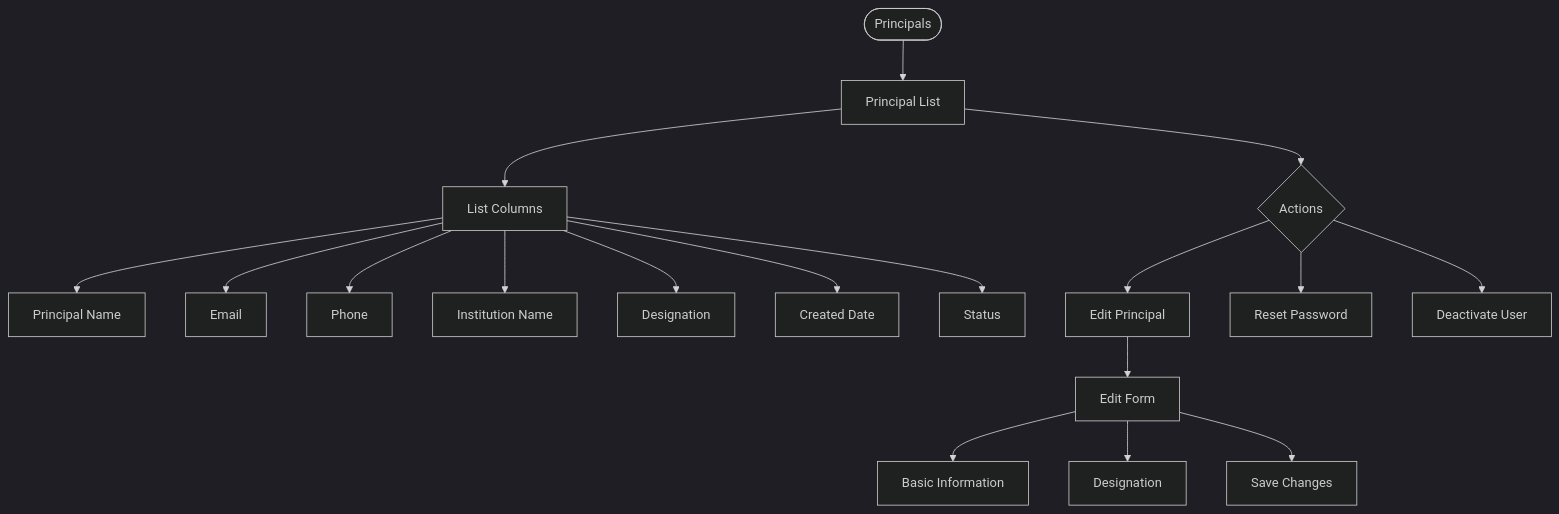
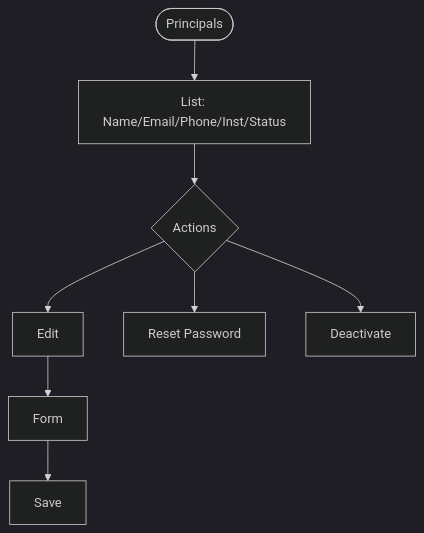
One commit to gunjangupta-gh/placeintern changed the tenth of 58 diagrams in INTERNSHIP_PORTAL_FLOW_DIAGRAMS.md. Above: the diagram before and after it, drawn with Mermaid (dark theme). The commit also changed other lines of this file and 6 other files, not shown here.

````diff
--- a/INTERNSHIP_PORTAL_FLOW_DIAGRAMS.md
+++ b/INTERNSHIP_PORTAL_FLOW_DIAGRAMS.md
@@ -338,23 +173,8 @@
 ```mermaid
 flowchart TD
-    PRINCIPALS([Principals]) --> LIST[Principal List]
-
-    LIST --> COLS[List Columns]
-    COLS --> NAME[Principal Name]
-    COLS --> EMAIL[Email]
-    COLS --> PHONE[Phone]
-    COLS --> INST[Institution Name]
-    COLS --> DESG[Designation]
-    COLS --> CREATED[Created Date]
-    COLS --> STATUS[Status]
-
-    LIST --> ACTIONS{Actions}
-    ACTIONS --> EDIT[Edit Principal]
-    ACTIONS --> RESET_PWD[Reset Password]
-    ACTIONS --> DEACTIVATE[Deactivate User]
-
-    EDIT --> EDIT_FORM[Edit Form]
-    EDIT_FORM --> BASIC_INFO[Basic Information]
-    EDIT_FORM --> DESIGNATION[Designation]
-    EDIT_FORM --> SAVE[Save Changes]
+    A([Principals])-->B[List: Name/Email/Phone/Inst/Status]
+    B-->C{Actions}
+    C-->D[Edit]-->E[Form]-->F[Save]
+    C-->G[Reset Password]
+    C-->H[Deactivate]
 ```
````
